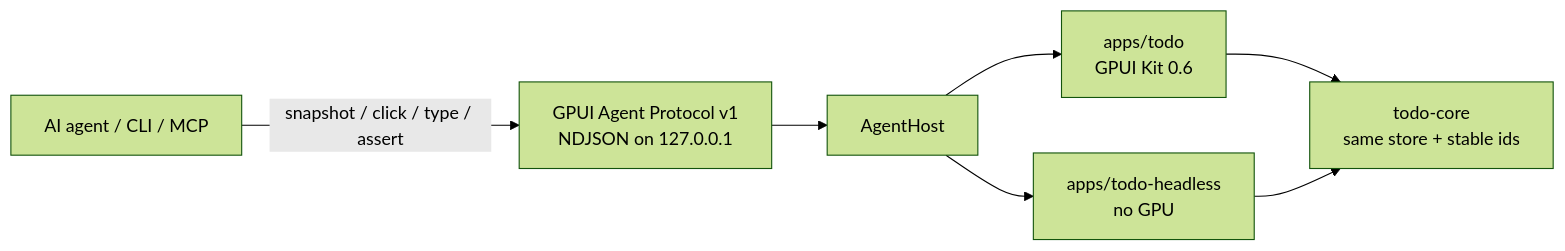
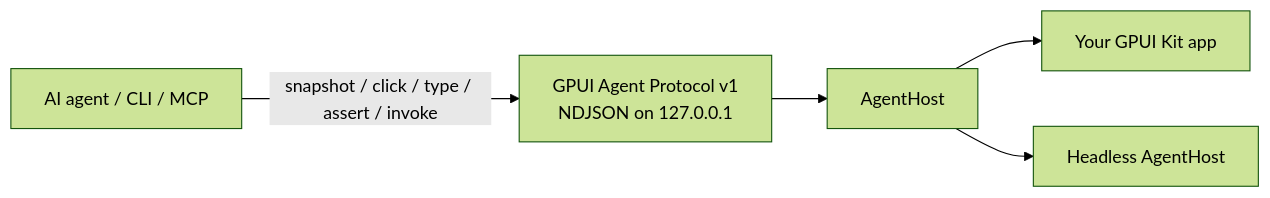
One commit to hexuria/gpui-agent changed the diagram in README.md. Above: the diagram before and after it, drawn with Mermaid (forest theme). The commit also changed other lines of this file and 12 other files, not shown here.

First line of the commit message:
Make gpui-agent CLI and MCP generic protocol ops only

````diff
--- a/README.md
+++ b/README.md
@@ -6,16 +9,13 @@
 ```mermaid
 flowchart LR
   agent["AI agent / CLI / MCP"]
   proto["GPUI Agent Protocol v1<br/>NDJSON on 127.0.0.1"]
   host["AgentHost"]
-  desktop["apps/todo<br/>GPUI Kit 0.6"]
-  headless["apps/todo-headless<br/>no GPU"]
-  store["todo-core<br/>same store + stable ids"]
+  desktop["Your GPUI Kit app"]
+  headless["Headless AgentHost"]
 
-  agent -->|"snapshot / click / type / assert"| proto
+  agent -->|"snapshot / click / type / assert / invoke"| proto
   proto --> host
   host --> desktop
   host --> headless
-  desktop --> store
-  headless --> store
 ```
````
